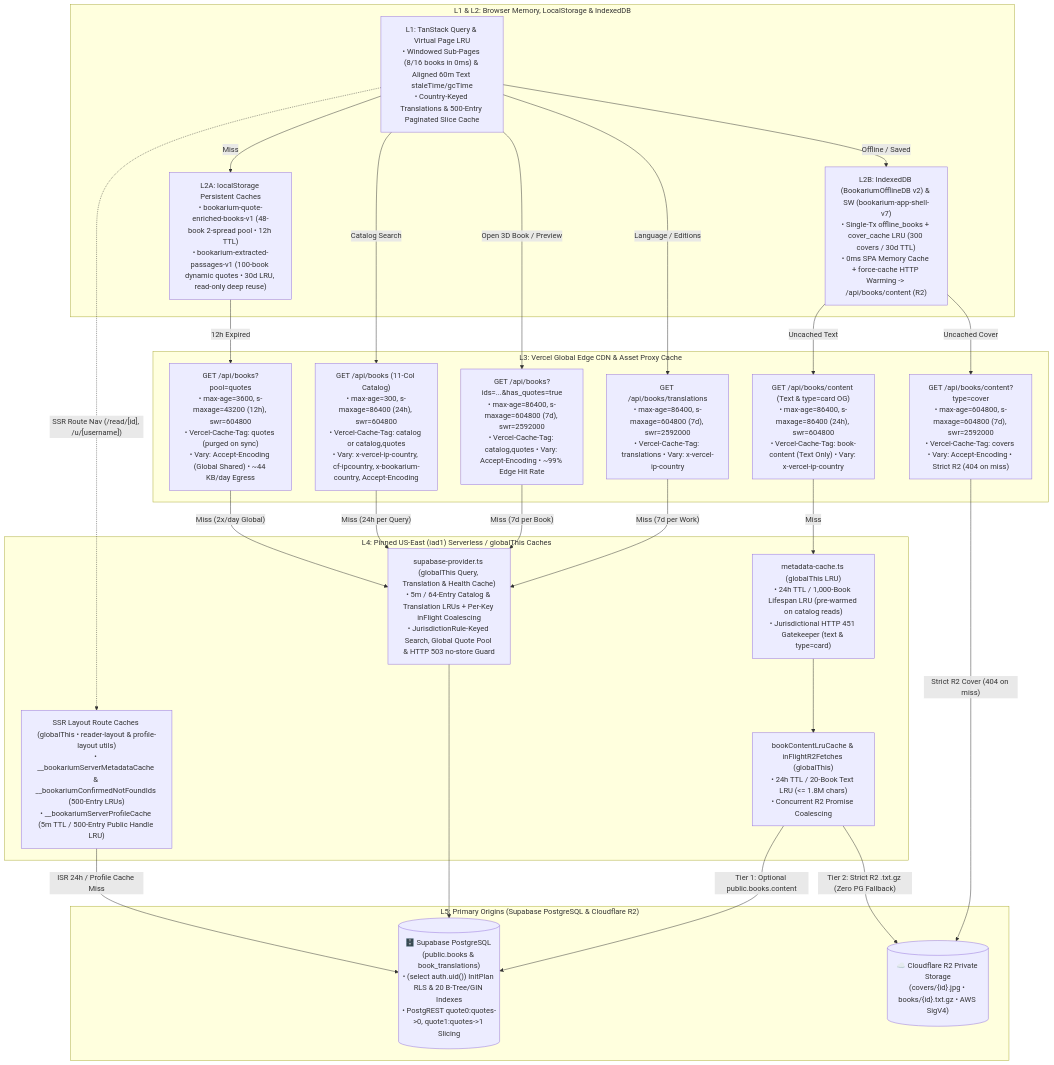
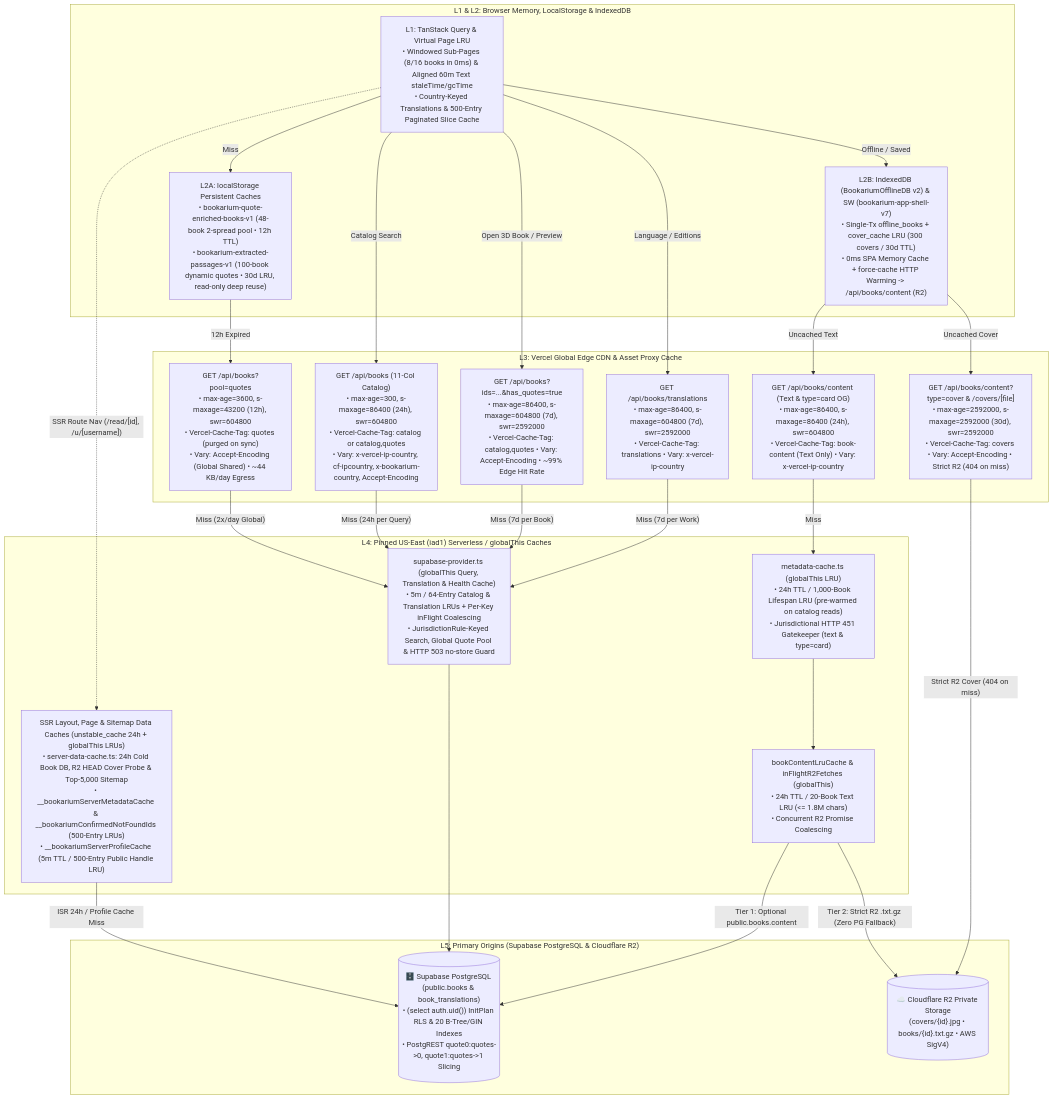
Before and after one commit to calin-m/Bookarium: the fourth of 4 diagrams in docs/architecture/integrations-failure-and-ops.md, drawn with Mermaid. The commit also changed other lines of this file and 74 other files, not shown here.

First line of the commit message:
feat(seo,reader): ship phase-1 technical SEO engine, crawler asset routes & SSR reader metadata (v2.9.87)

````diff
--- a/docs/architecture/integrations-failure-and-ops.md
+++ b/docs/architecture/integrations-failure-and-ops.md
@@ -210,50 +210,50 @@
 ```mermaid
 flowchart TD
     subgraph L1_L2_Client ["L1 & L2: Browser Memory, LocalStorage & IndexedDB"]
         L1Query["L1: TanStack Query & Virtual Page LRU\n• Windowed Sub-Pages (8/16 books in 0ms) & Aligned 60m Text staleTime/gcTime\n• Country-Keyed Translations & 500-Entry Paginated Slice Cache"]
         L2Local["L2A: localStorage Persistent Caches\n• bookarium-quote-enriched-books-v1 (48-book 2-spread pool • 12h TTL)\n• bookarium-extracted-passages-v1 (100-book dynamic quotes • 30d LRU, read-only deep reuse)"]
         L2IDB["L2B: IndexedDB (BookariumOfflineDB v2) & SW (bookarium-app-shell-v7)\n• Single-Tx offline_books + cover_cache LRU (300 covers / 30d TTL)\n• 0ms SPA Memory Cache + force-cache HTTP Warming -> /api/books/content (R2)"]
     end
 
     subgraph L3_VercelEdge ["L3: Vercel Global Edge CDN & Asset Proxy Cache"]
         EdgeQuotePool["GET /api/books?pool=quotes\n• max-age=3600, s-maxage=43200 (12h), swr=604800\n• Vercel-Cache-Tag: quotes (purged on sync)\n• Vary: Accept-Encoding (Global Shared) • ~44 KB/day Egress"]
         EdgeCatalog["GET /api/books (11-Col Catalog)\n• max-age=300, s-maxage=86400 (24h), swr=604800\n• Vercel-Cache-Tag: catalog or catalog,quotes\n• Vary: x-vercel-ip-country, cf-ipcountry, x-bookarium-country, Accept-Encoding"]
         EdgeDeepQuotes["GET /api/books?ids=...&has_quotes=true\n• max-age=86400, s-maxage=604800 (7d), swr=2592000\n• Vercel-Cache-Tag: catalog,quotes • Vary: Accept-Encoding • ~99% Edge Hit Rate"]
         EdgeTranslations["GET /api/books/translations\n• max-age=86400, s-maxage=604800 (7d), swr=2592000\n• Vercel-Cache-Tag: translations • Vary: x-vercel-ip-country"]
         EdgeTextCard["GET /api/books/content (Text & type=card OG)\n• max-age=86400, s-maxage=86400 (24h), swr=604800\n• Vercel-Cache-Tag: book-content (Text Only) • Vary: x-vercel-ip-country"]
-        EdgeCoverProxy["GET /api/books/content?type=cover\n• max-age=604800, s-maxage=604800 (7d), swr=2592000\n• Vercel-Cache-Tag: covers • Vary: Accept-Encoding • Strict R2 (404 on miss)"]
+        EdgeCoverProxy["GET /api/books/content?type=cover & /covers/[file]\n• max-age=2592000, s-maxage=2592000 (30d), swr=2592000\n• Vercel-Cache-Tag: covers • Vary: Accept-Encoding • Strict R2 (404 on miss)"]
     end
 
     subgraph L4_Serverless ["L4: Pinned US-East (iad1) Serverless / globalThis Caches"]
         MetaLRU["metadata-cache.ts (globalThis LRU)\n• 24h TTL / 1,000-Book Lifespan LRU (pre-warmed on catalog reads)\n• Jurisdictional HTTP 451 Gatekeeper (text & type=card)"]
         TextLRU["bookContentLruCache & inFlightR2Fetches (globalThis)\n• 24h TTL / 20-Book Text LRU (<= 1.8M chars)\n• Concurrent R2 Promise Coalescing"]
         HealthCache["supabase-provider.ts (globalThis Query, Translation & Health Cache)\n• 5m / 64-Entry Catalog & Translation LRUs + Per-Key inFlight Coalescing\n• JurisdictionRule-Keyed Search, Global Quote Pool & HTTP 503 no-store Guard"]
-        SsrRouteCaches["SSR Layout Route Caches (globalThis • reader-layout & profile-layout utils)\n• __bookariumServerMetadataCache & __bookariumConfirmedNotFoundIds (500-Entry LRUs)\n• __bookariumServerProfileCache (5m TTL / 500-Entry Public Handle LRU)"]
+        SsrRouteCaches["SSR Layout, Page & Sitemap Data Caches (unstable_cache 24h + globalThis LRUs)\n• server-data-cache.ts: 24h Cold Book DB, R2 HEAD Cover Probe & Top-5,000 Sitemap\n• __bookariumServerMetadataCache & __bookariumConfirmedNotFoundIds (500-Entry LRUs)\n• __bookariumServerProfileCache (5m TTL / 500-Entry Public Handle LRU)"]
     end
 
     subgraph L5_Origins ["L5: Primary Origins (Supabase PostgreSQL & Cloudflare R2)"]
         SupaOrigin[("🗄️ Supabase PostgreSQL (public.books & book_translations)\n• (select auth.uid()) InitPlan RLS & 20 B-Tree/GIN Indexes\n• PostgREST quote0:quotes->0, quote1:quotes->1 Slicing")]
         R2Origin[("☁️ Cloudflare R2 Private Storage\n(covers/{id}.jpg • books/{id}.txt.gz • AWS SigV4)")]
     end
 
     L1Query -->|"Miss"| L2Local
     L1Query -->|"Offline / Saved"| L2IDB
     L2Local -->|"12h Expired"| EdgeQuotePool
     L1Query -->|"Catalog Search"| EdgeCatalog
     L1Query -->|"Open 3D Book / Preview"| EdgeDeepQuotes
     L1Query -->|"Language / Editions"| EdgeTranslations
     L1Query -.->|"SSR Route Nav (/read/[id], /u/[username])"| SsrRouteCaches
     SsrRouteCaches -->|"ISR 24h / Profile Cache Miss"| SupaOrigin
     L2IDB -->|"Uncached Text"| EdgeTextCard
     L2IDB -->|"Uncached Cover"| EdgeCoverProxy
     EdgeQuotePool -->|"Miss (2x/day Global)"| HealthCache
     EdgeCatalog -->|"Miss (24h per Query)"| HealthCache
     EdgeDeepQuotes -->|"Miss (7d per Book)"| HealthCache
     EdgeTranslations -->|"Miss (7d per Work)"| HealthCache
     HealthCache --> SupaOrigin
     EdgeTextCard -->|"Miss"| MetaLRU
     MetaLRU --> TextLRU
     TextLRU -->|"Tier 1: Optional public.books.content"| SupaOrigin
     TextLRU -->|"Tier 2: Strict R2 .txt.gz (Zero PG Fallback)"| R2Origin
     EdgeCoverProxy -->|"Strict R2 Cover (404 on miss)"| R2Origin
 ```
````
